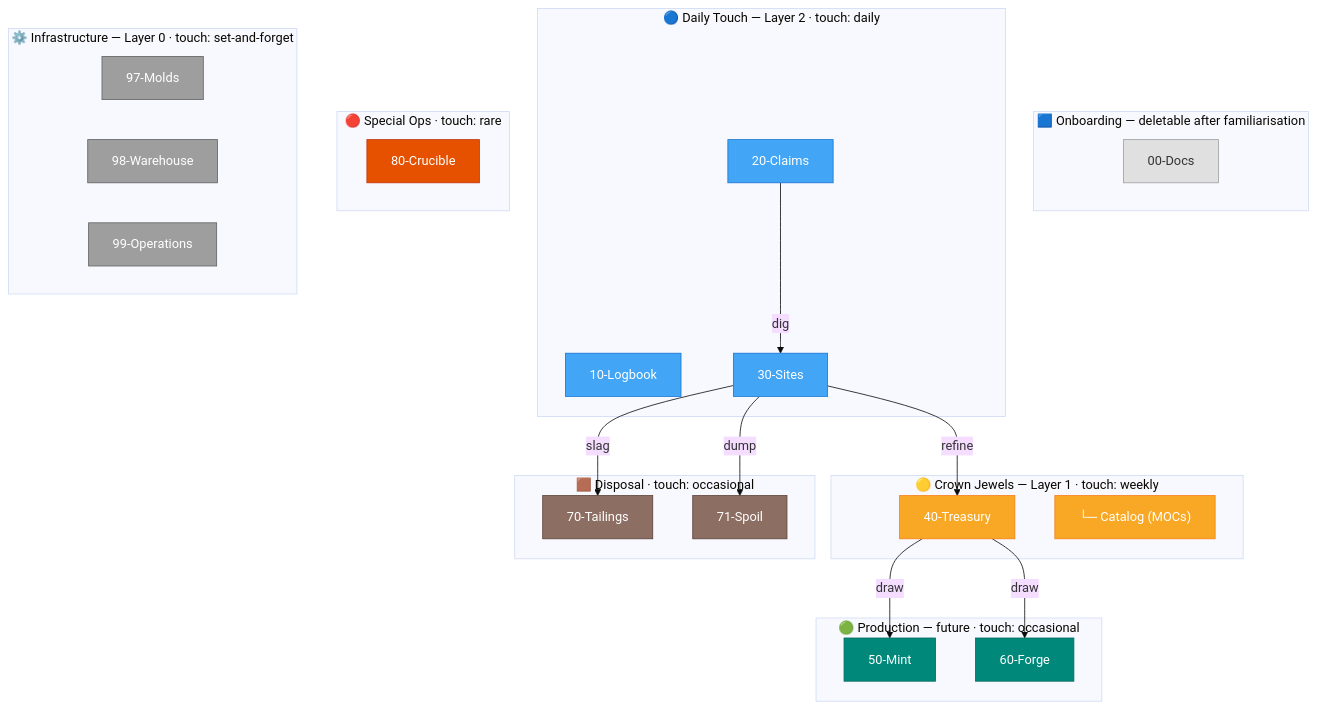
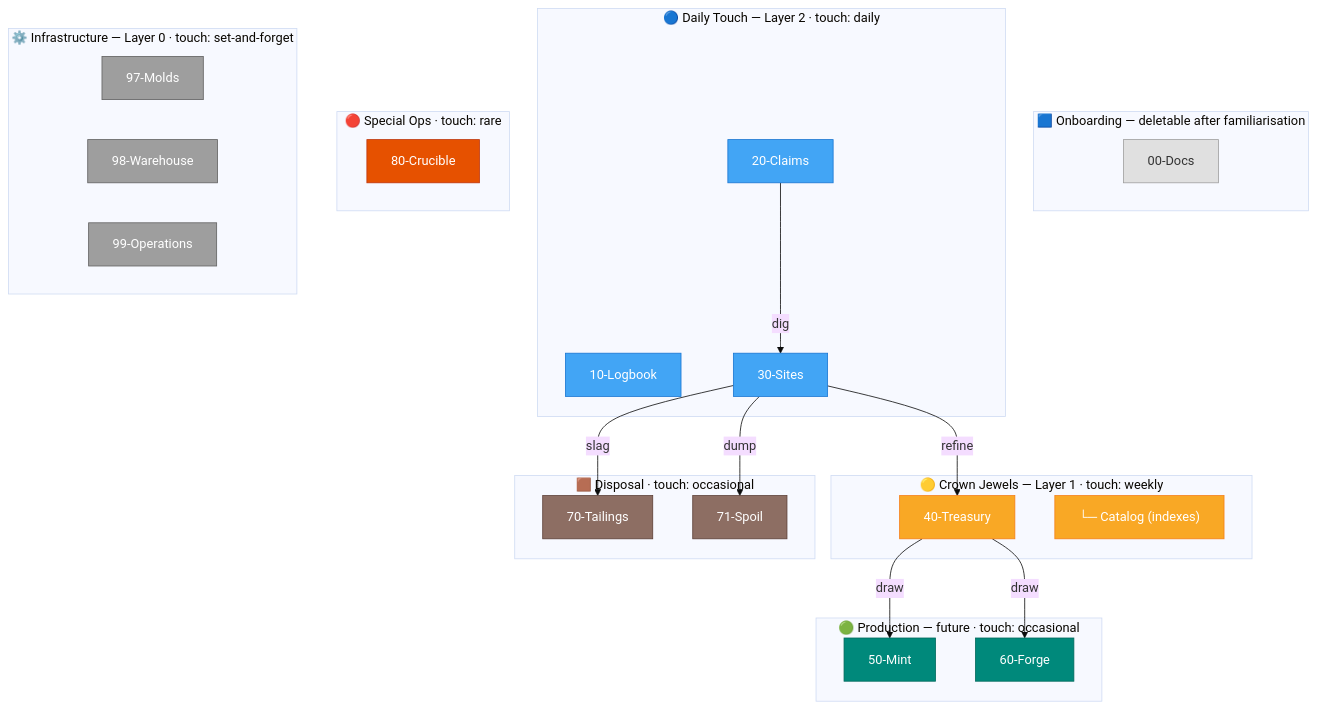
Before and after one commit to keith-nielsen/memory-mining: the fifth of 7 diagrams in docs/diagrams.md, drawn with Mermaid. The commit also changed 42 other files, not shown here.

````diff
--- a/docs/diagrams.md
+++ b/docs/diagrams.md
@@ -239,53 +239,53 @@
 ```mermaid
 %%{init: {'theme': 'base'}}%%
 flowchart TD
     subgraph ONBOARD["🟦  Onboarding — deletable after familiarisation"]
         D00["00-Docs"]:::onboard
     end
 
     subgraph DAILY["🔵  Daily Touch — Layer 2 · touch: daily"]
         D10["10-Logbook"]:::blue
         D20["20-Claims"]:::blue
         D30["30-Sites"]:::blue
     end
 
     subgraph VALUE["🟡  Crown Jewels — Layer 1 · touch: weekly"]
         D40["40-Treasury"]:::gold
-        CAT["  └─ Catalog (MOCs)"]:::gold
+        CAT["  └─ Catalog (indexes)"]:::gold
     end
 
     subgraph PRODUCE["🟢  Production — future · touch: occasional"]
         D50["50-Mint"]:::teal
         D60["60-Forge"]:::teal
     end
 
     subgraph DISPOSE["🟫  Disposal · touch: occasional"]
         D70["70-Tailings"]:::brown
         D71["71-Spoil"]:::brown
     end
 
     subgraph SPECIAL["🔴  Special Ops · touch: rare"]
         D80["80-Crucible"]:::crucible
     end
 
     subgraph INFRA["⚙️  Infrastructure — Layer 0 · touch: set-and-forget"]
         D97["97-Molds"]:::infra
         D98["98-Warehouse"]:::infra
         D99["99-Operations"]:::infra
     end
 
     D20 -->|dig| D30
     D30 -->|refine| D40
     D40 -->|draw| D50
     D40 -->|draw| D60
     D30 -->|slag| D70
     D30 -->|dump| D71
 
     classDef onboard fill:#e0e0e0,stroke:#9e9e9e,color:#333
     classDef blue fill:#42a5f5,stroke:#1976d2,color:#fff
     classDef gold fill:#f9a825,stroke:#f57f17,color:#fff
     classDef teal fill:#00897b,stroke:#00695c,color:#fff
     classDef brown fill:#8d6e63,stroke:#5d4037,color:#fff
     classDef crucible fill:#e65100,stroke:#bf360c,color:#fff
     classDef infra fill:#9e9e9e,stroke:#616161,color:#fff
 ```
````
